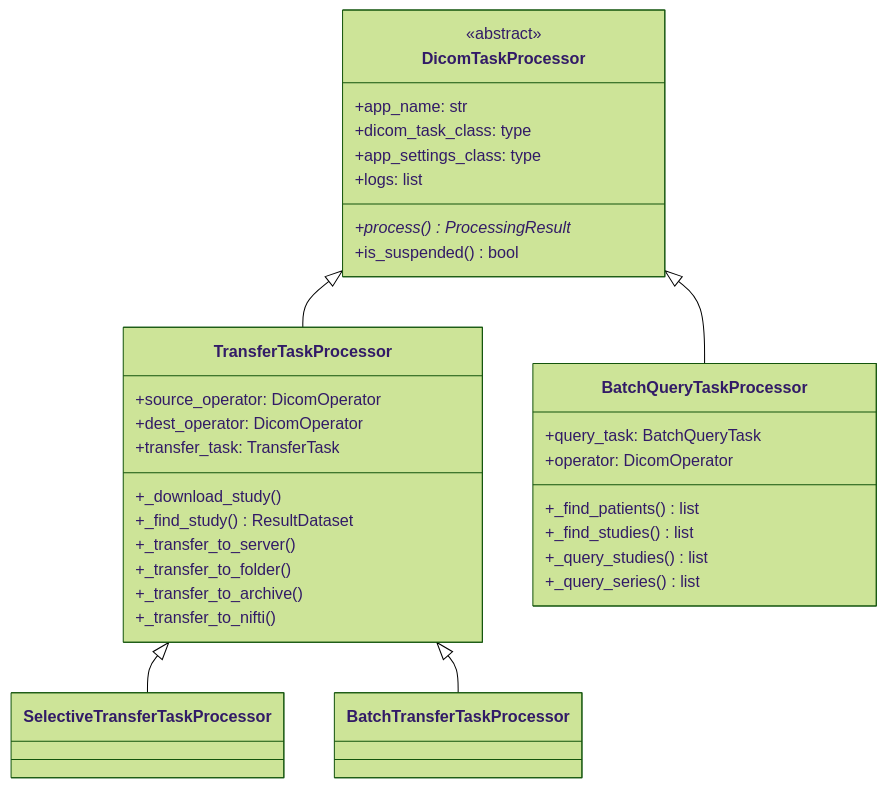
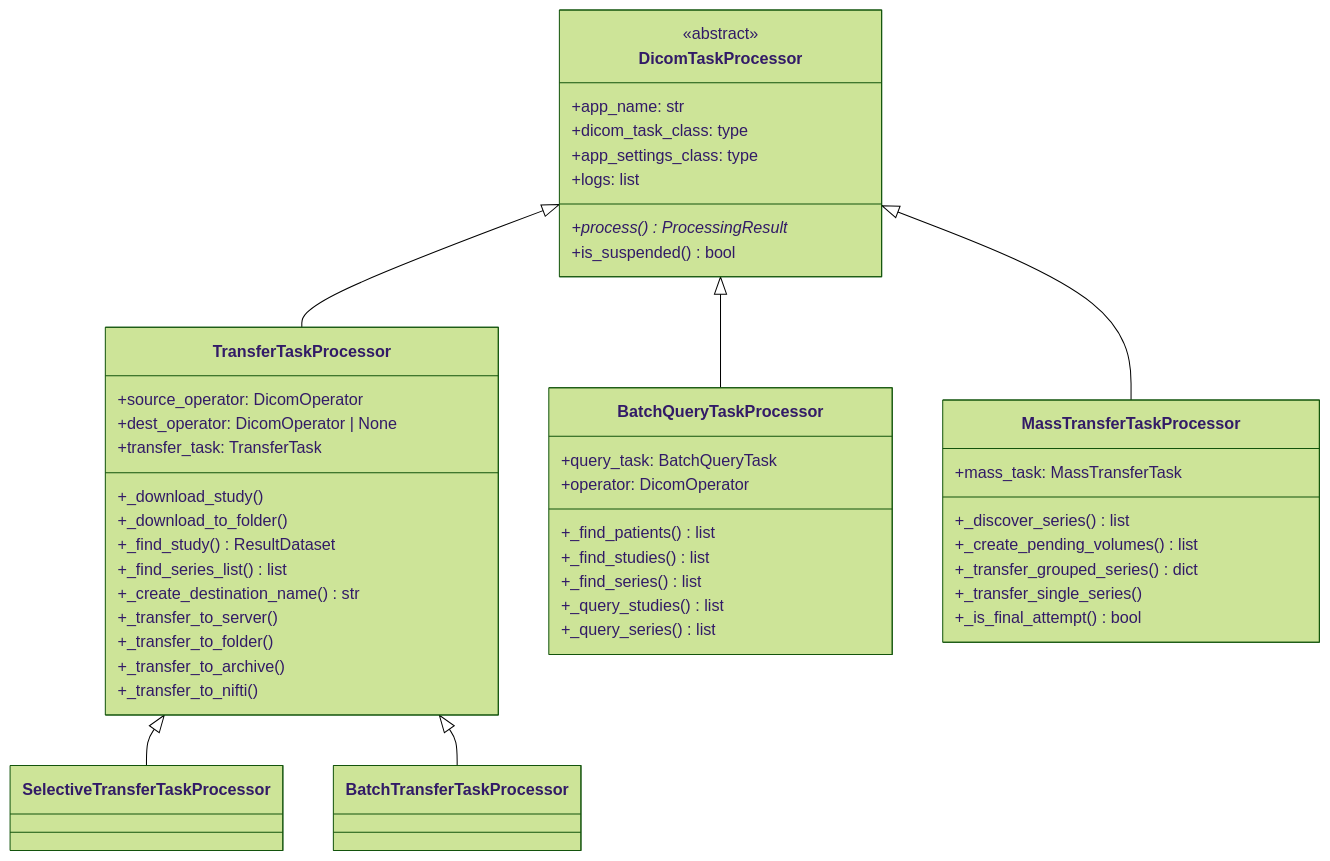
One commit to openradx/adit changed the second of 2 diagrams in docs/dev-docs/core_components.md. Above: the diagram before and after it, drawn with Mermaid (forest theme). The commit also changed other lines of this file and 17 other files, not shown here.

````diff
--- a/docs/dev-docs/core_components.md
+++ b/docs/dev-docs/core_components.md
@@ -147,38 +188,52 @@
 ```mermaid
 classDiagram
     class DicomTaskProcessor {
         <<abstract>>
         +app_name: str
         +dicom_task_class: type
         +app_settings_class: type
         +logs: list
         +process()* ProcessingResult
         +is_suspended() bool
     }
 
     class TransferTaskProcessor {
         +source_operator: DicomOperator
-        +dest_operator: DicomOperator
+        +dest_operator: DicomOperator | None
         +transfer_task: TransferTask
         +_download_study()
+        +_download_to_folder()
         +_find_study() ResultDataset
+        +_find_series_list() list
+        +_create_destination_name() str
         +_transfer_to_server()
         +_transfer_to_folder()
         +_transfer_to_archive()
         +_transfer_to_nifti()
     }
 
     class BatchQueryTaskProcessor {
         +query_task: BatchQueryTask
         +operator: DicomOperator
         +_find_patients() list
         +_find_studies() list
+        +_find_series() list
         +_query_studies() list
         +_query_series() list
     }
 
+    class MassTransferTaskProcessor {
+        +mass_task: MassTransferTask
+        +_discover_series() list
+        +_create_pending_volumes() list
+        +_transfer_grouped_series() dict
+        +_transfer_single_series()
+        +_is_final_attempt() bool
+    }
+
     DicomTaskProcessor <|-- TransferTaskProcessor
     DicomTaskProcessor <|-- BatchQueryTaskProcessor
+    DicomTaskProcessor <|-- MassTransferTaskProcessor
     TransferTaskProcessor <|-- SelectiveTransferTaskProcessor
     TransferTaskProcessor <|-- BatchTransferTaskProcessor
 ```
````
